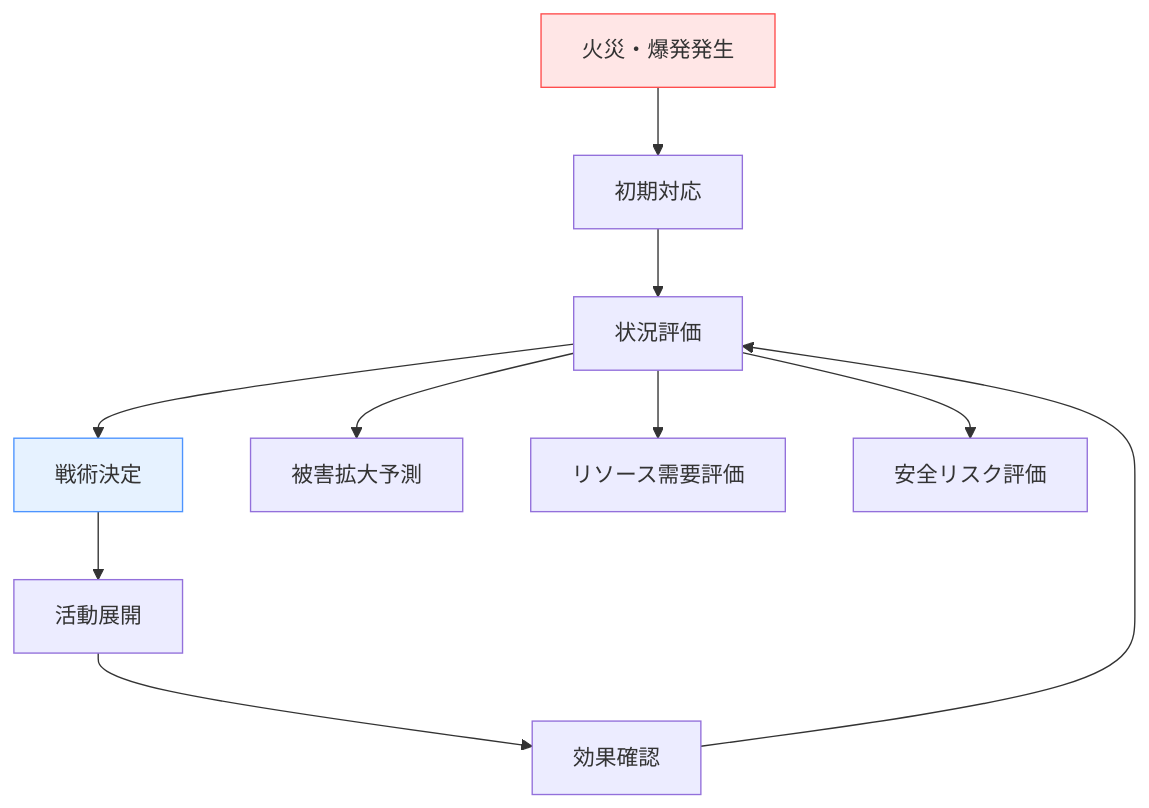
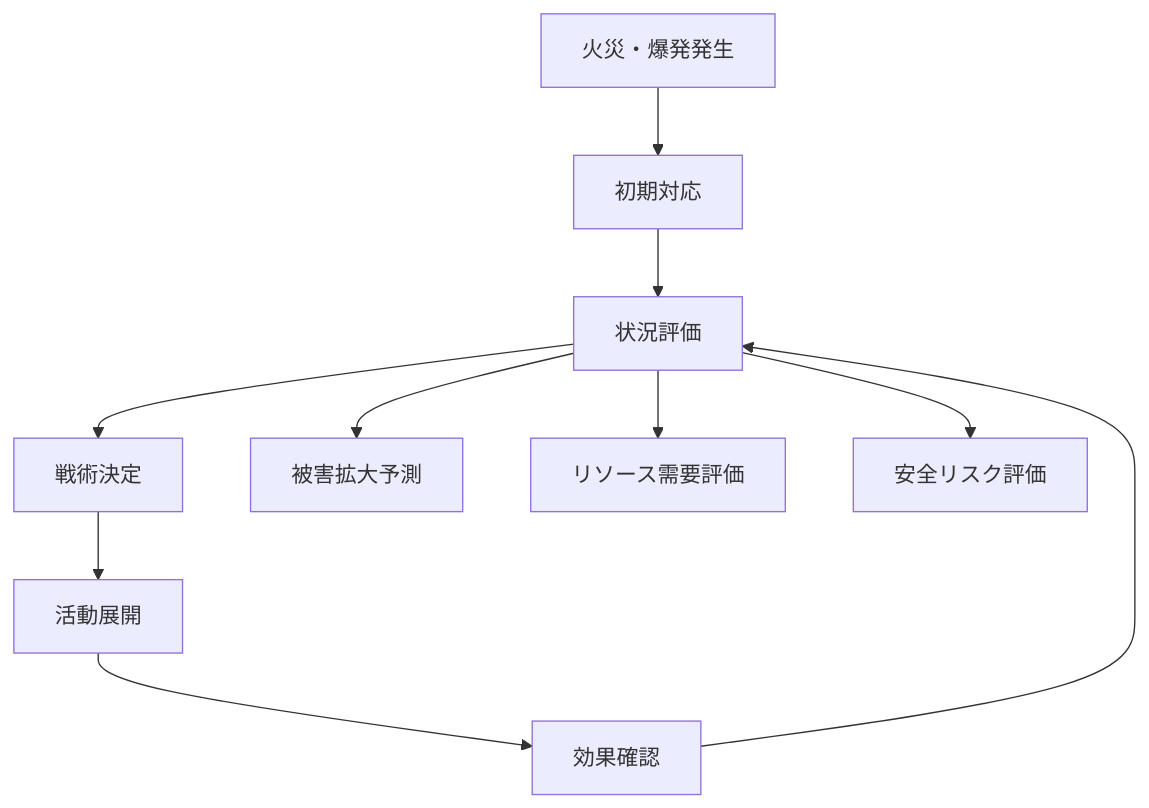
Before and after one commit to shuji-bonji/Situational-Awareness-and-Decision-Making: the third of 8 diagrams in docs/applications/emergency-sa.md, drawn with Mermaid. The commit also changed other lines of this file and 49 other files, not shown here.

Commit message:
fix: ダークモードで見づらい図の色の変更

````diff
--- a/docs/applications/emergency-sa.md
+++ b/docs/applications/emergency-sa.md
@@ -202,16 +202,16 @@
     ```mermaid
     graph TD
         A[火災・爆発発生] --> B[初期対応]
         B --> C[状況評価]
         C --> D[戦術決定]
         D --> E[活動展開]
         E --> F[効果確認]
         F --> C
         
         C --> G[被害拡大予測]
         C --> H[リソース需要評価]
         C --> I[安全リスク評価]
         
-        style A fill:#ffe6e6,stroke:#ff4d4d
-        style D fill:#e6f2ff,stroke:#4d94ff
+    
+    
     ```
````
